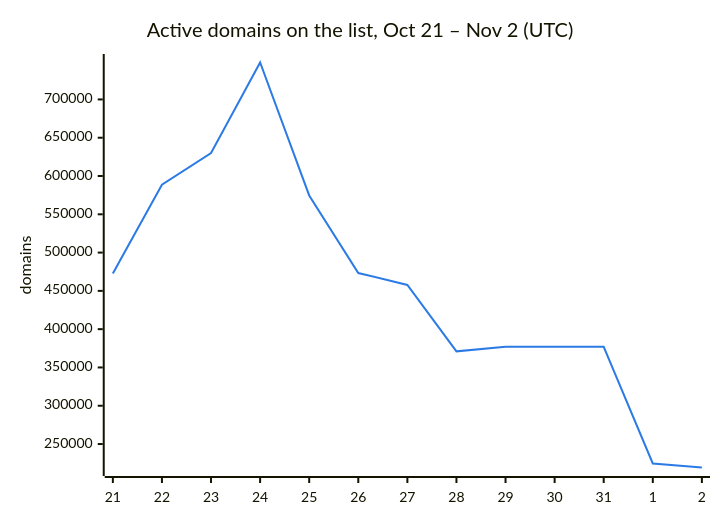
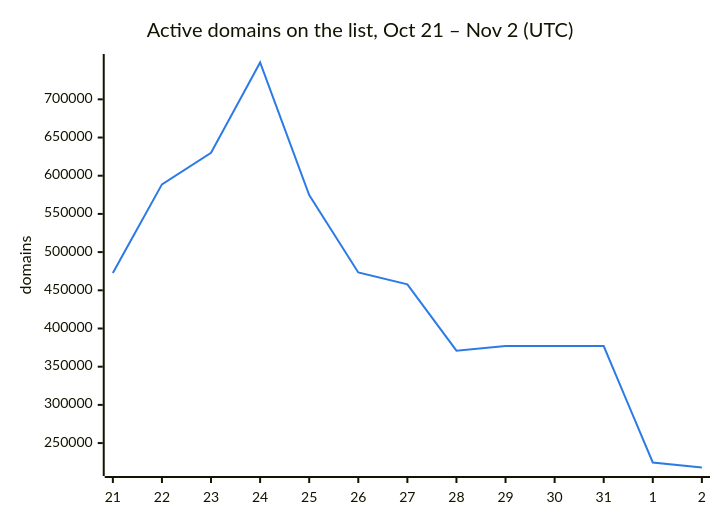
One commit to DNSBunker/CTI changed the second of 3 diagrams in README.md. Above: the diagram before and after it, drawn with Mermaid. The commit also changed other lines of this file and 3 other files, not shown here.

````diff
--- a/README.md
+++ b/README.md
@@ -38,8 +38,8 @@
 ```mermaid
 %%{init: {"themeVariables": {"xyChart": {"plotColorPalette": "#2c7be5"}}}}%%
 xychart-beta
     title "Active domains on the list, Oct 21 – Nov 2 (UTC)"
     x-axis ["21", "22", "23", "24", "25", "26", "27", "28", "29", "30", "31", "1", "2"]
     y-axis "domains"
-    line [472713, 588659, 629951, 748222, 574614, 473331, 457795, 371010, 376945, 376945, 376945, 224607, 219362]
+    line [472713, 588659, 629951, 748222, 574614, 473331, 457795, 371010, 376945, 376945, 376945, 224607, 218025]
 ```
````
